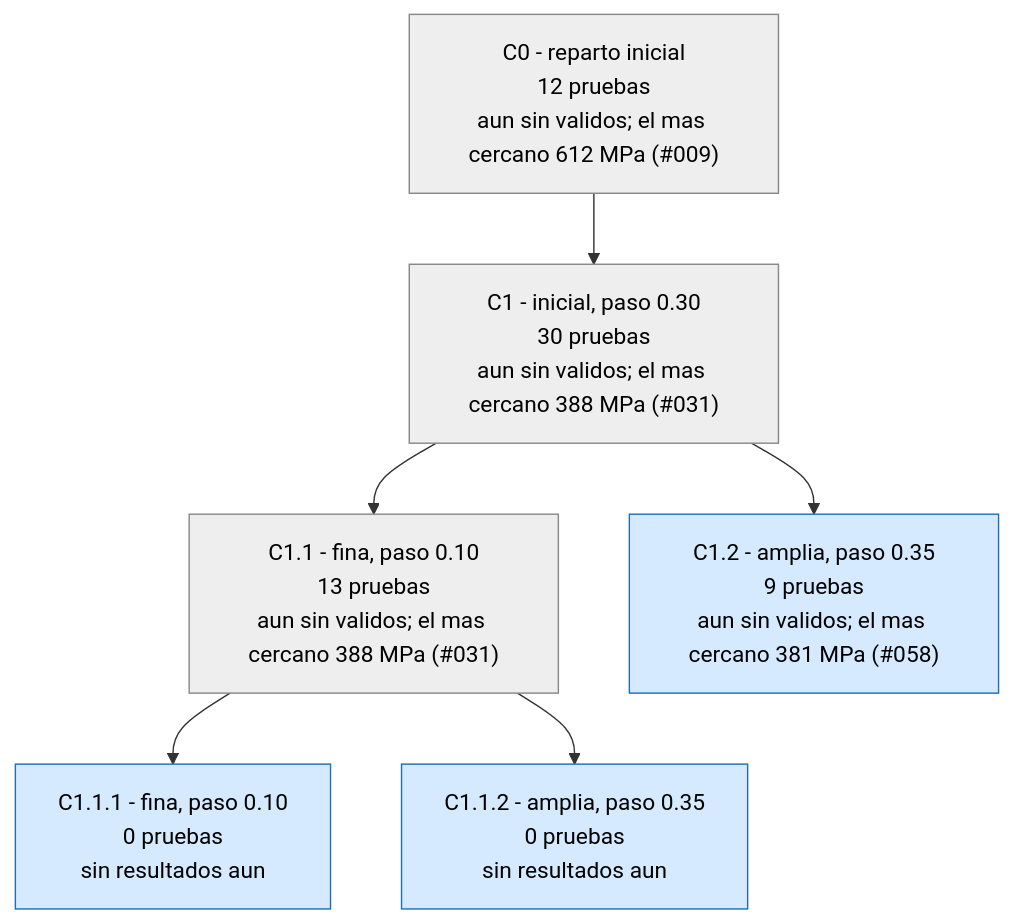
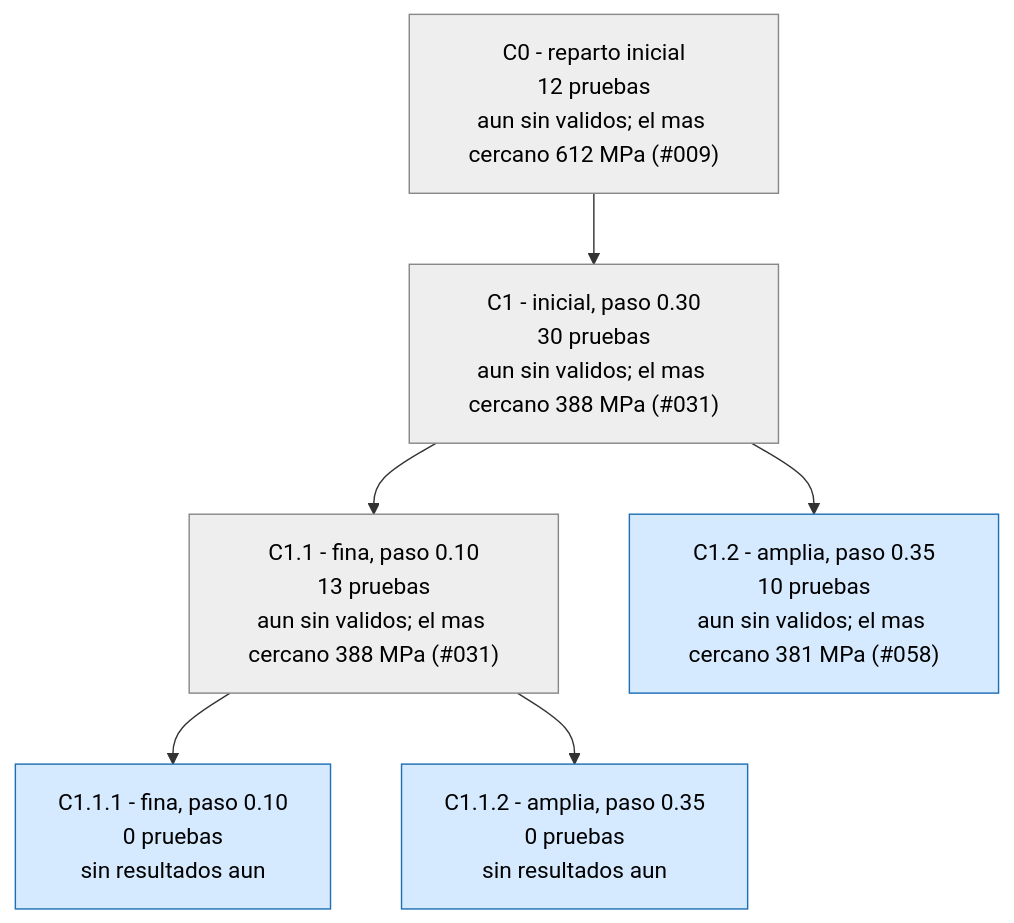
The third of 3 diagrams in runs/opt_37800N/ARBOL.md (Hugiko/msd-soporte-optimizacion), drawn with Mermaid before and after one commit. The commit also changed 14 other files, not shown here.

````diff
--- a/runs/opt_37800N/ARBOL.md
+++ b/runs/opt_37800N/ARBOL.md
@@ -71,17 +71,17 @@
 ```mermaid
 graph TD
 classDef activa fill:#d6eaff,stroke:#1f6fb5,color:#000
 classDef fin fill:#eeeeee,stroke:#888,color:#000
 classDef mejor fill:#c8f0c0,stroke:#1a9850,stroke-width:4px,color:#000
 C0["C0 - reparto inicial<br/>12 pruebas<br/>aun sin validos; el mas cercano 612 MPa (#009)"]:::fin
 C1["C1 - inicial, paso 0.30<br/>30 pruebas<br/>aun sin validos; el mas cercano 388 MPa (#031)"]:::fin
 C0 --> C1
 C1_1["C1.1 - fina, paso 0.10<br/>13 pruebas<br/>aun sin validos; el mas cercano 388 MPa (#031)"]:::fin
 C1 --> C1_1
-C1_2["C1.2 - amplia, paso 0.35<br/>9 pruebas<br/>aun sin validos; el mas cercano 381 MPa (#058)"]:::activa
+C1_2["C1.2 - amplia, paso 0.35<br/>10 pruebas<br/>aun sin validos; el mas cercano 381 MPa (#058)"]:::activa
 C1 --> C1_2
 C1_1_1["C1.1.1 - fina, paso 0.10<br/>0 pruebas<br/>sin resultados aun"]:::activa
 C1_1 --> C1_1_1
 C1_1_2["C1.1.2 - amplia, paso 0.35<br/>0 pruebas<br/>sin resultados aun"]:::activa
 C1_1 --> C1_1_2
 ```
````
